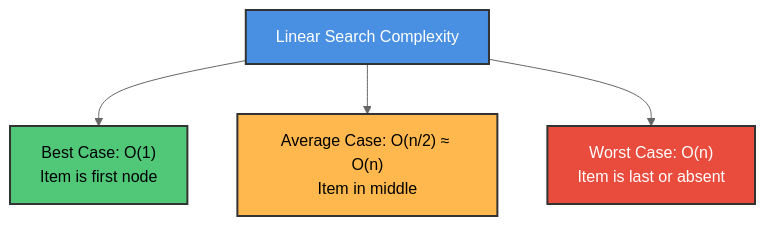
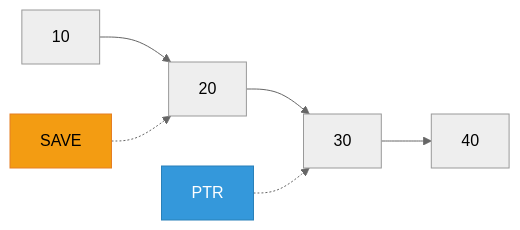
Before and after one commit to M-F-Tushar/CSE-2101-Data-Structure: diagram 16 of 27 in Chapter 5 - Linked Lists/README.md, drawn with Mermaid (neutral theme). The commit also changed other lines of this file, not shown here.

````diff
--- a/Chapter 5 - Linked Lists/README.md
+++ b/Chapter 5 - Linked Lists/README.md
@@ -1243,11 +662,12 @@
 ```mermaid
-graph TD
-    A["Linear Search Complexity"] --> B["Best Case: O(1)<br/>Item is first node"]
-    A --> C["Average Case: O(n/2) ≈ O(n)<br/>Item in middle"]
-    A --> D["Worst Case: O(n)<br/>Item is last or absent"]
+graph LR
+    N1["10"] --> N2["20"]
+    N2 --> N3["30"]
+    N3 --> N4["40"]
     
-    style A fill:#4A90E2,stroke:#333,stroke-width:2px,color:#fff
-    style B fill:#50C878,stroke:#333,stroke-width:2px,color:#000
-    style C fill:#FFB84D,stroke:#333,stroke-width:2px,color:#000
-    style D fill:#E94B3C,stroke:#333,stroke-width:2px,color:#fff
+    SAVE["SAVE"] -.-> N2
+    PTR["PTR"] -.-> N3
+    
+    style SAVE fill:#f39c12,stroke:#e67e22,color:#000
+    style PTR fill:#3498db,stroke:#2980b9,color:#fff
 ```
````
